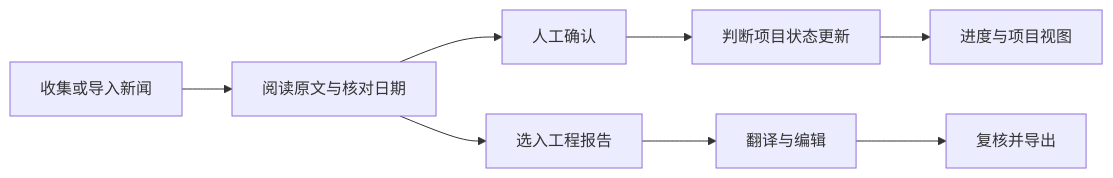
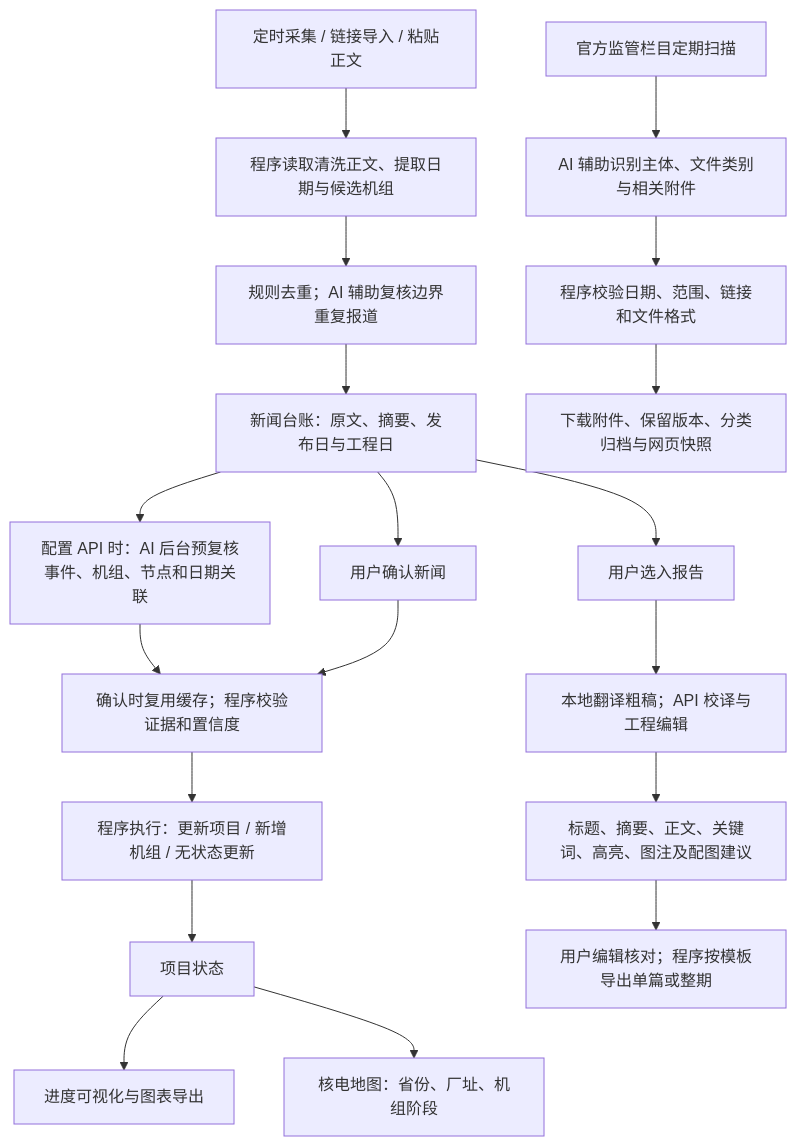
The diagram in README.md (xuehb5/nuclear-build-log-showcase), drawn with Mermaid before and after one commit. The commit also changed other lines of this file and 22 other files, not shown here.

````diff
--- a/README.md
+++ b/README.md
@@ -27,10 +37,21 @@
 ```mermaid
-flowchart LR
-  A[收集或导入新闻] --> B[阅读原文与核对日期]
-  B --> C[人工确认]
-  C --> D[判断项目状态更新]
-  D --> E[进度与项目视图]
-  B --> F[选入工程报告]
-  F --> G[翻译与编辑]
-  G --> H[复核并导出]
+flowchart TB
+  A[定时采集 / 链接导入 / 粘贴正文] --> B[程序读取清洗正文、提取日期与候选机组]
+  B --> C[规则去重；AI 辅助复核边界重复报道]
+  C --> D[新闻台账：原文、摘要、发布日与工程日]
+  D --> E[配置 API 时：AI 后台预复核事件、机组、节点和日期关联]
+  D --> F[用户确认新闻]
+  E --> G[确认时复用缓存；程序校验证据和置信度]
+  F --> G
+  G --> H[程序执行：更新项目 / 新增机组 / 无状态更新]
+  H --> I[项目状态]
+  I --> J[进度可视化与图表导出]
+  I --> K[核电地图：省份、厂址、机组阶段]
+  D --> L[用户选入报告]
+  L --> M[本地翻译粗稿；API 校译与工程编辑]
+  M --> N[标题、摘要、正文、关键词、高亮、图注及配图建议]
+  N --> O[用户编辑核对；程序按模板导出单篇或整期]
+  P[官方监管栏目定期扫描] --> Q[AI 辅助识别主体、文件类别与相关附件]
+  Q --> R[程序校验日期、范围、链接和文件格式]
+  R --> S[下载附件、保留版本、分类归档与网页快照]
 ```
````
